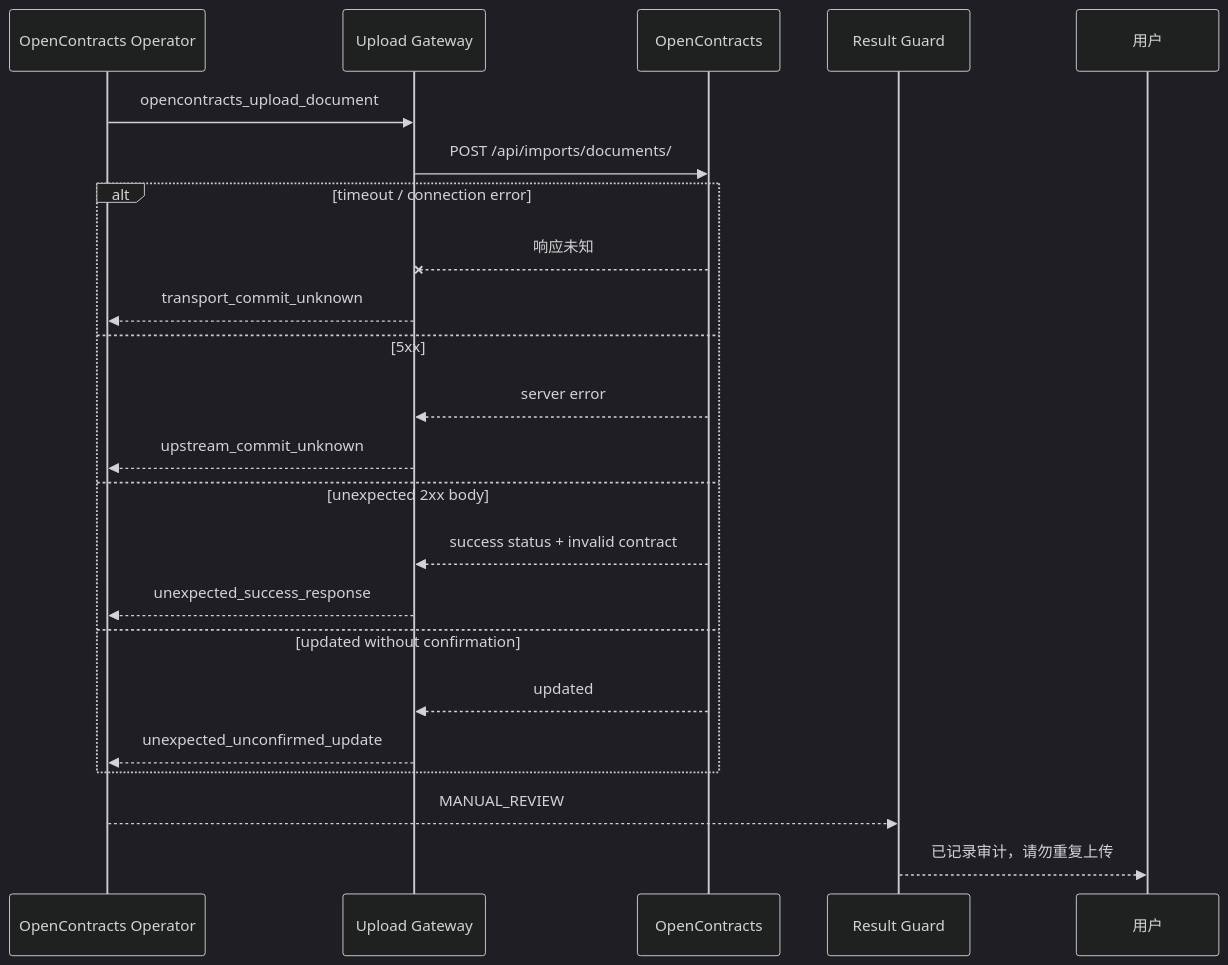
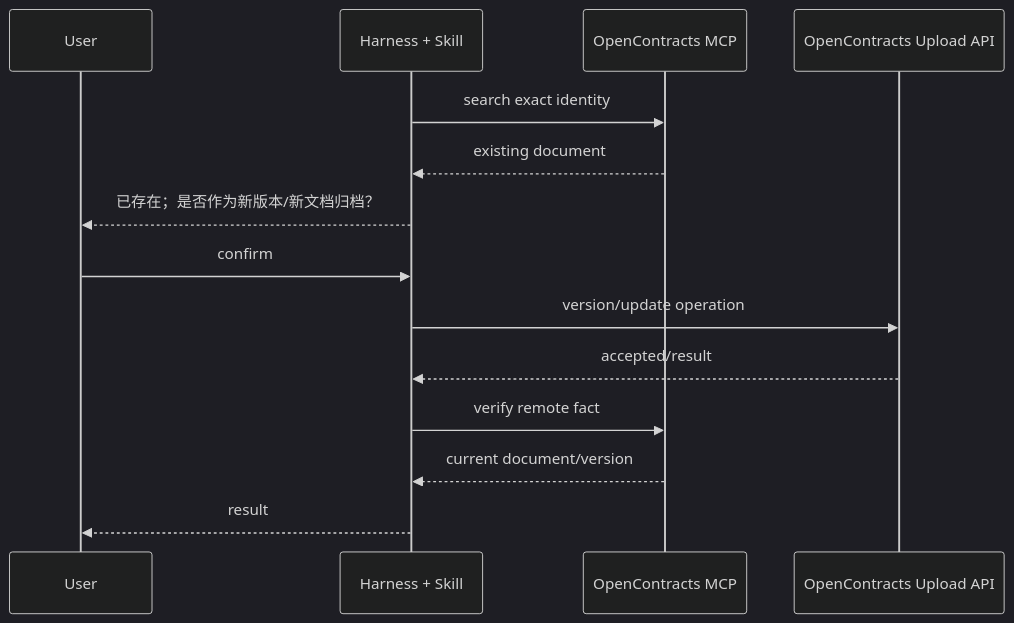
One commit to Ri0n72Y/ContractBotConfig changed the fourth of 4 diagrams in docs/architecture/upload-sequence.md. Above: the diagram before and after it, drawn with Mermaid (dark theme). The commit also changed other lines of this file and 11 other files, not shown here.

Commit message:
docs: rebuild architecture and specs for WorkBuddy refactor

````diff
--- a/docs/architecture/upload-sequence.md
+++ b/docs/architecture/upload-sequence.md
@@ -178,26 +92,17 @@
 ```mermaid
 sequenceDiagram
-    participant O as OpenContracts Operator
-    participant G as Upload Gateway
-    participant OC as OpenContracts
-    participant RG as Result Guard
-    participant U as 用户
+    participant U as User
+    participant H as Harness + Skill
+    participant MCP as OpenContracts MCP
+    participant API as OpenContracts Upload API
 
-    O->>G: opencontracts_upload_document
-    G->>OC: POST /api/imports/documents/
-    alt timeout / connection error
-        OC--xG: 响应未知
-        G-->>O: transport_commit_unknown
-    else 5xx
-        OC-->>G: server error
-        G-->>O: upstream_commit_unknown
-    else unexpected 2xx body
-        OC-->>G: success status + invalid contract
-        G-->>O: unexpected_success_response
-    else updated without confirmation
-        OC-->>G: updated
-        G-->>O: unexpected_unconfirmed_update
-    end
-    O-->>RG: MANUAL_REVIEW
-    RG-->>U: 已记录审计，请勿重复上传
+    H->>MCP: search exact identity
+    MCP-->>H: existing document
+    H-->>U: 已存在；是否作为新版本/新文档归档？
+    U->>H: confirm
+    H->>API: version/update operation
+    API-->>H: accepted/result
+    H->>MCP: verify remote fact
+    MCP-->>H: current document/version
+    H-->>U: result
 ```
````
